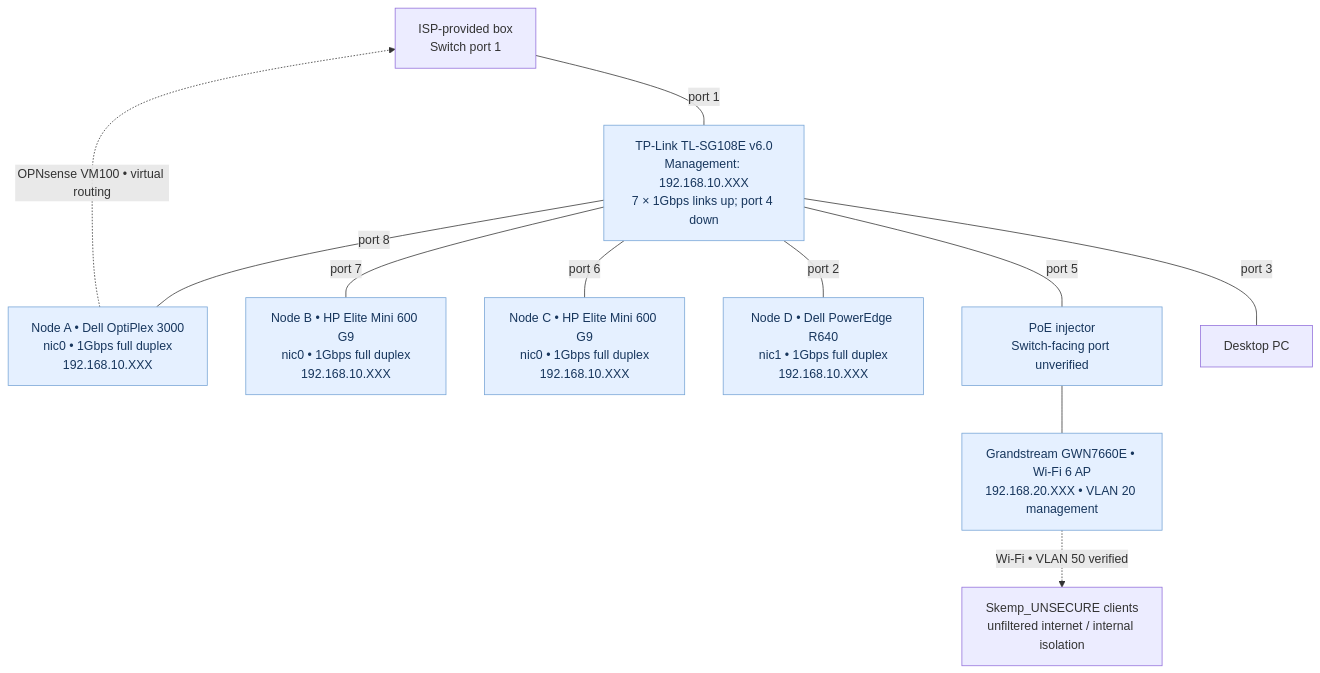
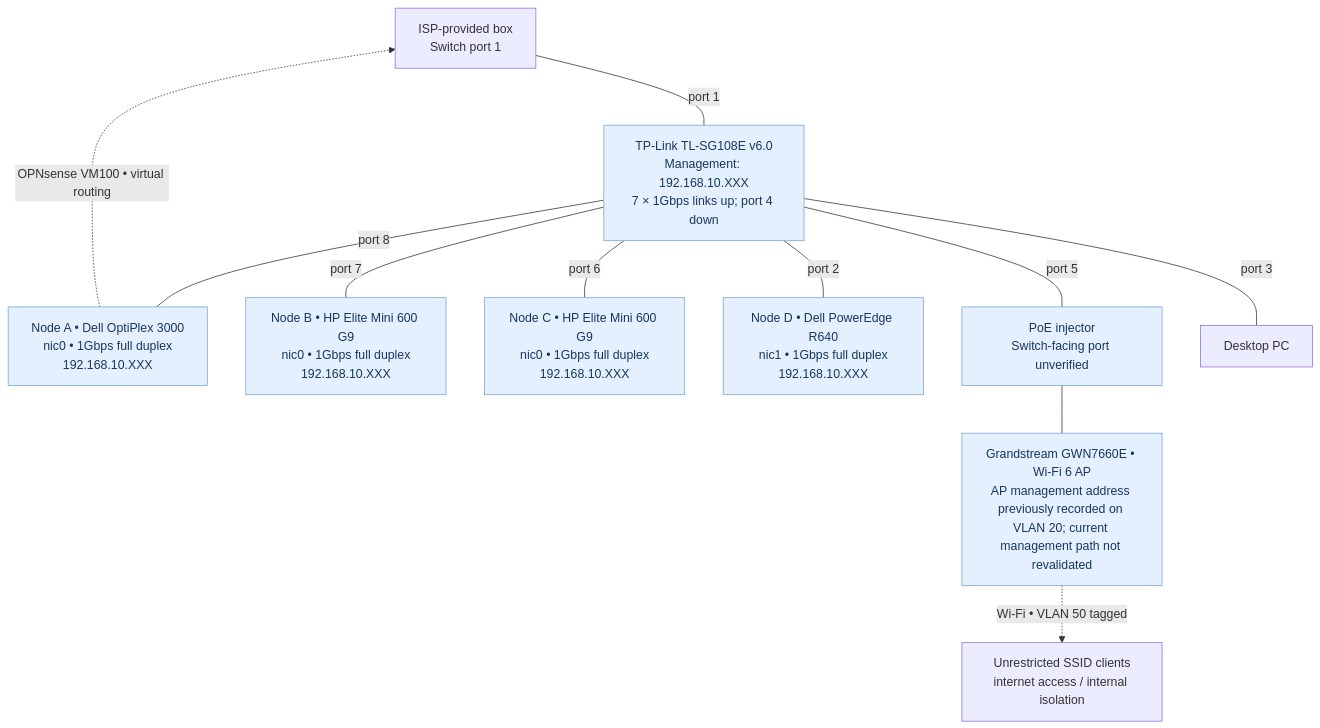
The second of 3 diagrams in network/diagrams/README.md (samuelkemp1619/HOMELAB-PORTFOLIO), drawn with Mermaid before and after one commit. The commit also changed other lines of this file, not shown here.

Commit message:
Document verified Grandstream SSID VLAN mapping and current switch port membership

````diff
--- a/network/diagrams/README.md
+++ b/network/diagrams/README.md
@@ -57,17 +57,17 @@
 ```mermaid
 flowchart TB
     GW["ISP-provided box<br/>Switch port 1"]
     SW["TP-Link TL-SG108E v6.0<br/>Management: 192.168.10.XXX<br/>7 × 1Gbps links up; port 4 down"]
     GW ---|"port 1"| SW
     SW ---|"port 8"| H1["Node A • Dell OptiPlex 3000<br/>nic0 • 1Gbps full duplex<br/>192.168.10.XXX"]
     SW ---|"port 7"| H2["Node B • HP Elite Mini 600 G9<br/>nic0 • 1Gbps full duplex<br/>192.168.10.XXX"]
     SW ---|"port 6"| H3["Node C • HP Elite Mini 600 G9<br/>nic0 • 1Gbps full duplex<br/>192.168.10.XXX"]
     SW ---|"port 2"| H4["Node D • Dell PowerEdge R640<br/>nic1 • 1Gbps full duplex<br/>192.168.10.XXX"]
     SW ---|"port 5"| POE["PoE injector<br/>Switch-facing port unverified"]
-    POE --- AP["Grandstream GWN7660E • Wi-Fi 6 AP<br/>192.168.20.XXX • VLAN 20 management"]
-    AP -. "Wi-Fi • VLAN 50 verified" .-> WIFI["Skemp_UNSECURE clients<br/>unfiltered internet / internal isolation"]
+    POE --- AP["Grandstream GWN7660E • Wi-Fi 6 AP<br/>AP management address previously recorded on VLAN 20; current management path not revalidated"]
+    AP -. "Wi-Fi • VLAN 50 tagged" .-> WIFI["Unrestricted SSID clients<br/>internet access / internal isolation"]
     SW ---|"port 3"| DESKTOP["Desktop PC"]
     H1 -. "OPNsense VM100 • virtual routing" .-> GW
     classDef device fill:#e5f0ff,color:#17365d,stroke:#77a5d6
     class SW,H1,H2,H3,H4,POE,AP device
 ```
````
